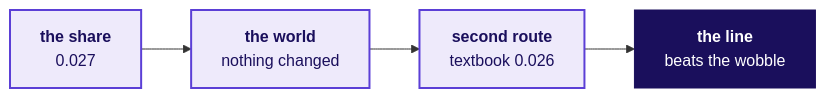
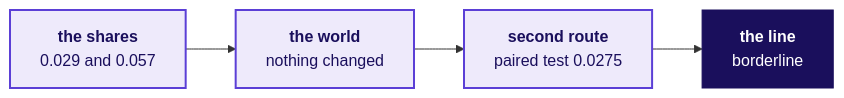
The tenth of 32 diagrams in content/W01/D4/slides/C2_W01_D04_half1_STUDENT.md (fde-academy-lab/c2-content-factory), drawn with Mermaid before and after one commit. The commit also changed other lines of this file and 4 other files, not shown here.

````diff
--- a/content/W01/D4/slides/C2_W01_D04_half1_STUDENT.md
+++ b/content/W01/D4/slides/C2_W01_D04_half1_STUDENT.md
@@ -437,12 +454,12 @@
 ```mermaid
 flowchart LR
-    K0["<b>the share</b><br/>0.027"]
+    K0["<b>the shares</b><br/>0.029 and 0.057"]
     K1["<b>the world</b><br/>nothing changed"]
-    K2["<b>second route</b><br/>textbook 0.026"]
-    K3["<b>the line</b><br/>beats the wobble"]
+    K2["<b>second route</b><br/>paired test 0.0275"]
+    K3["<b>the line</b><br/>borderline"]
     K0 --> K1 --> K2 --> K3
     classDef known fill:#EEEAFB,stroke:#5B3FD6,color:#1A0F5C,stroke-width:2px
     classDef bet fill:#1A0F5C,stroke:#1A0F5C,color:#FFFFFF
     class K0,K1,K2 known
     class K3 bet
 ```
````
